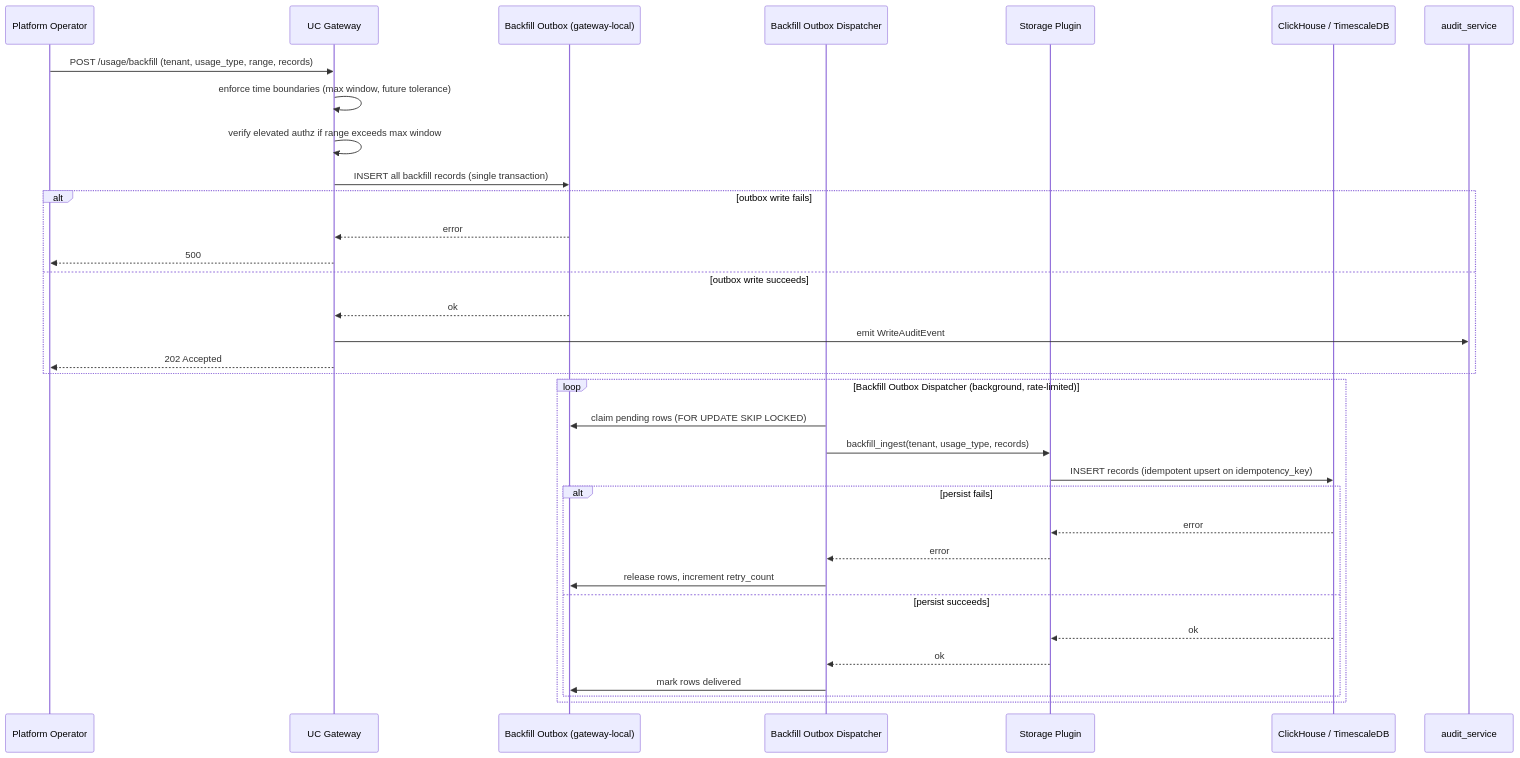
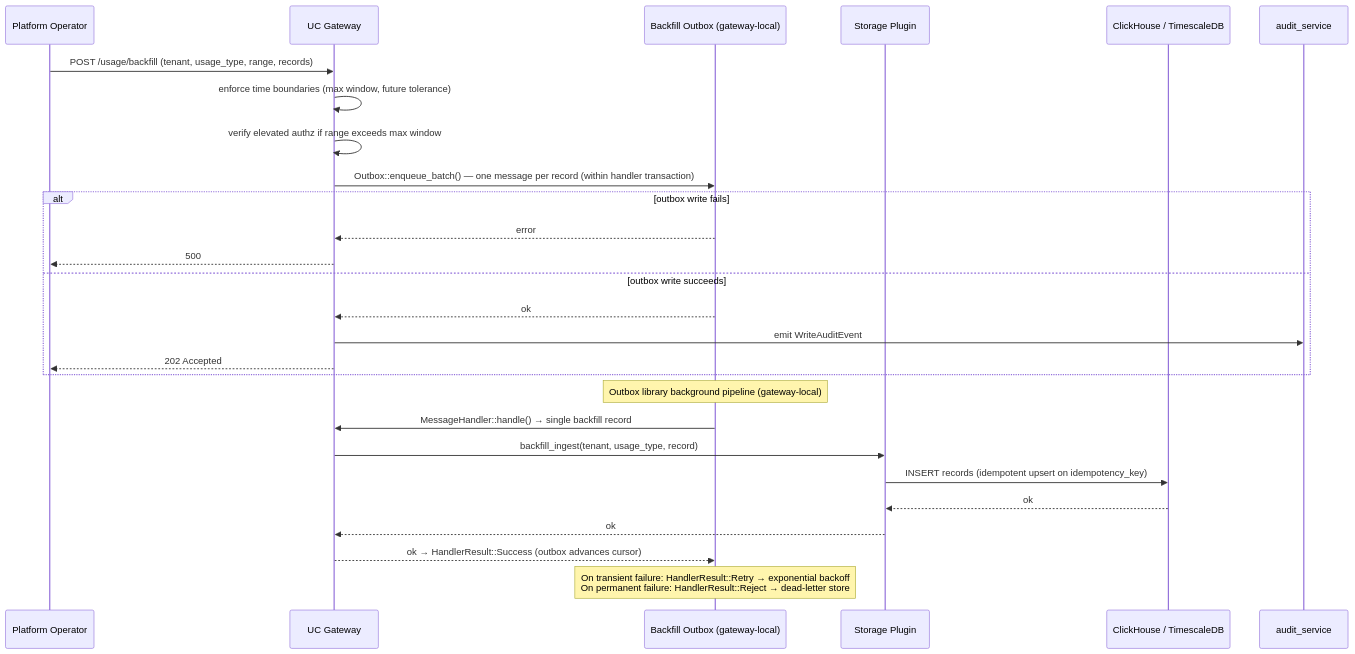
Before and after one commit to capybutler/cyberfabric-core: the fifth of 7 diagrams in modules/system/usage-collector/docs/DESIGN.md, drawn with Mermaid. The commit also changed other lines of this file, not shown here.

Commit message:
docs(usage_collector): update for new outbox design

````diff
--- a/modules/system/usage-collector/docs/DESIGN.md
+++ b/modules/system/usage-collector/docs/DESIGN.md
@@ -656,38 +626,31 @@
 ```mermaid
 sequenceDiagram
     participant Op as Platform Operator
     participant GW as UC Gateway
     participant OB as Backfill Outbox (gateway-local)
-    participant Dispatcher as Backfill Outbox Dispatcher
     participant Plugin as Storage Plugin
     participant DB as ClickHouse / TimescaleDB
     participant AS as audit_service
 
     Op->>GW: POST /usage/backfill (tenant, usage_type, range, records)
     GW->>GW: enforce time boundaries (max window, future tolerance)
     GW->>GW: verify elevated authz if range exceeds max window
-    GW->>OB: INSERT all backfill records (single transaction)
+    GW->>OB: Outbox::enqueue_batch() — one message per record (within handler transaction)
     alt outbox write fails
         OB-->>GW: error
         GW-->>Op: 500
     else outbox write succeeds
         OB-->>GW: ok
         GW->>AS: emit WriteAuditEvent
         GW-->>Op: 202 Accepted
     end
 
-    loop Backfill Outbox Dispatcher (background, rate-limited)
-        Dispatcher->>OB: claim pending rows (FOR UPDATE SKIP LOCKED)
-        Dispatcher->>Plugin: backfill_ingest(tenant, usage_type, records)
-        Plugin->>DB: INSERT records (idempotent upsert on idempotency_key)
-        alt persist fails
-            DB-->>Plugin: error
-            Plugin-->>Dispatcher: error
-            Dispatcher->>OB: release rows, increment retry_count
-        else persist succeeds
-            DB-->>Plugin: ok
-            Plugin-->>Dispatcher: ok
-            Dispatcher->>OB: mark rows delivered
-        end
-    end
+    Note over OB: Outbox library background pipeline (gateway-local)
+    OB->>GW: MessageHandler::handle() → single backfill record
+    GW->>Plugin: backfill_ingest(tenant, usage_type, record)
+    Plugin->>DB: INSERT records (idempotent upsert on idempotency_key)
+    DB-->>Plugin: ok
+    Plugin-->>GW: ok
+    GW-->>OB: ok → HandlerResult::Success (outbox advances cursor)
+    Note over OB: On transient failure: HandlerResult::Retry → exponential backoff<br/>On permanent failure: HandlerResult::Reject → dead-letter store
 ```
````
